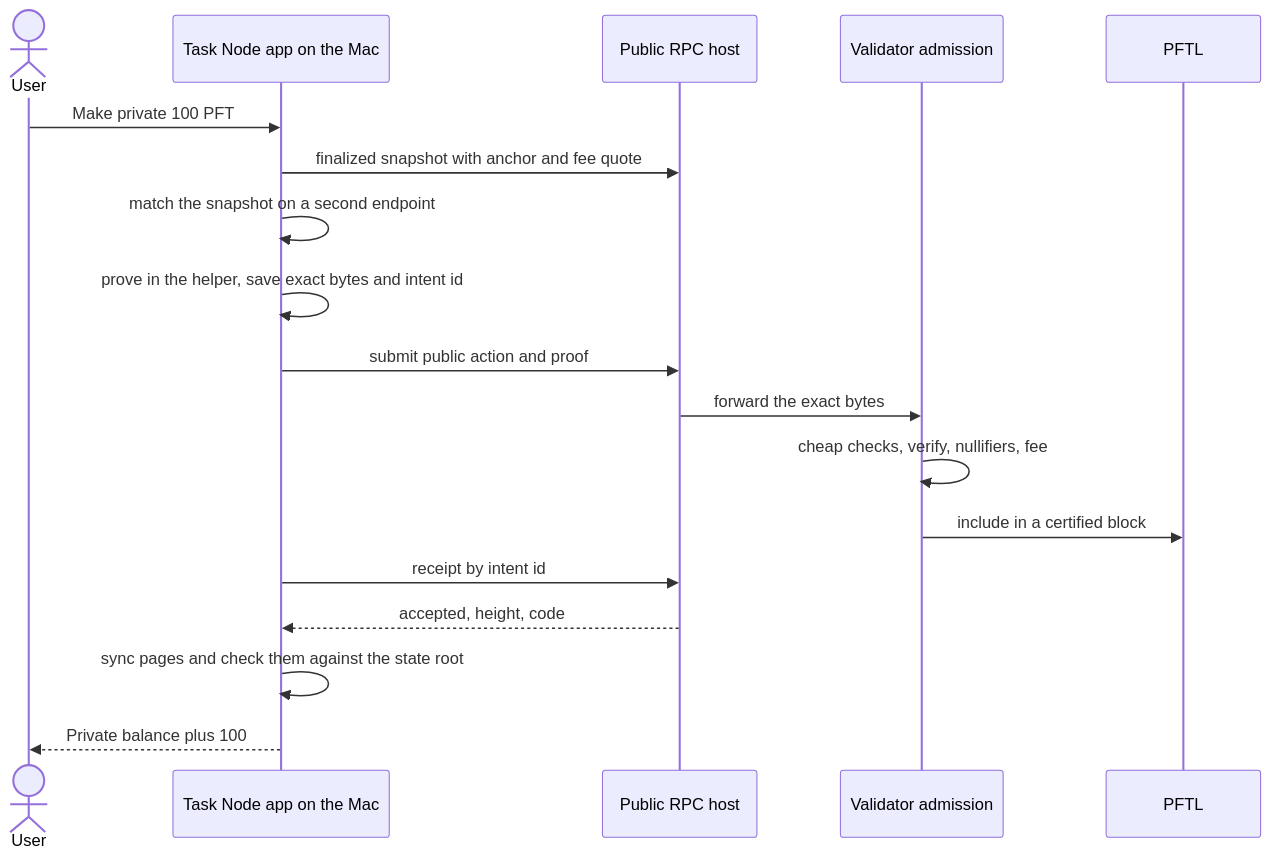
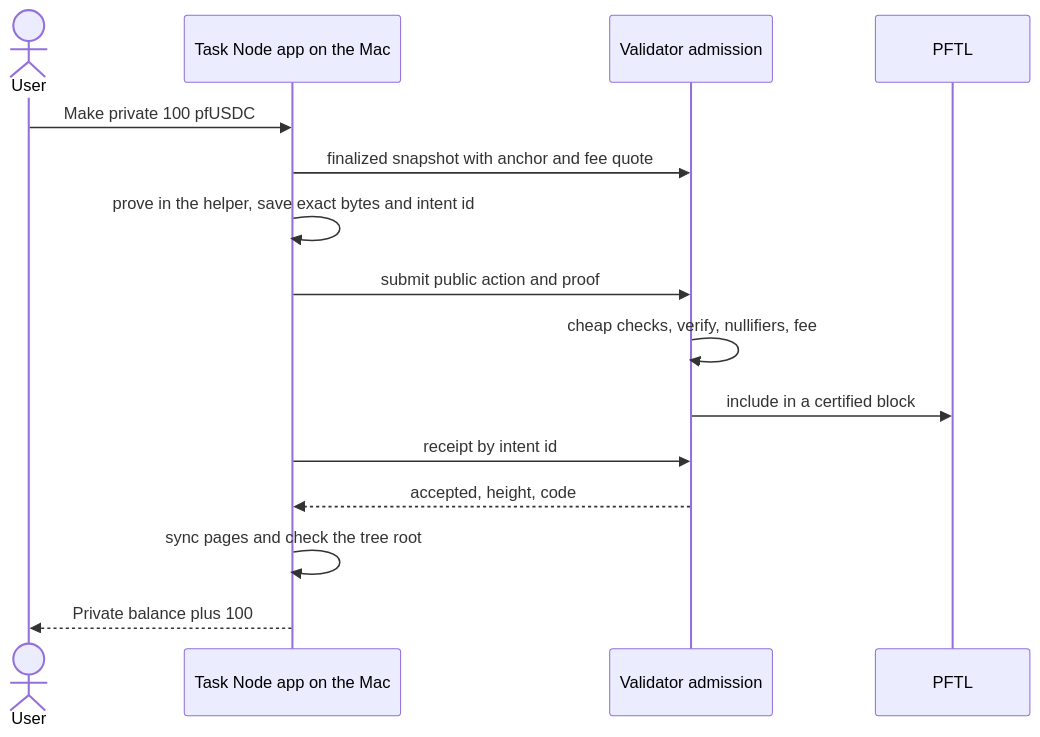
One commit to postfiatorg/postfiatl1v2 changed the second of 2 diagrams in big_milestone/pillars/05-local-task-node.md. Above: the diagram before and after it, drawn with Mermaid. The commit also changed other lines of this file and 37 other files, not shown here.

````diff
--- a/big_milestone/pillars/05-local-task-node.md
+++ b/big_milestone/pillars/05-local-task-node.md
@@ -71,20 +65,17 @@
 ```mermaid
 sequenceDiagram
     actor U as User
     participant App as Task Node app on the Mac
-    participant R as Public RPC host
     participant V as Validator admission
     participant C as PFTL
-    U->>App: Make private 100 PFT
-    App->>R: finalized snapshot with anchor and fee quote
-    App->>App: match the snapshot on a second endpoint
+    U->>App: Make private 100 pfUSDC
+    App->>V: finalized snapshot with anchor and fee quote
     App->>App: prove in the helper, save exact bytes and intent id
-    App->>R: submit public action and proof
-    R->>V: forward the exact bytes
+    App->>V: submit public action and proof
     V->>V: cheap checks, verify, nullifiers, fee
     V->>C: include in a certified block
-    App->>R: receipt by intent id
-    R-->>App: accepted, height, code
-    App->>App: sync pages and check them against the state root
+    App->>V: receipt by intent id
+    V-->>App: accepted, height, code
+    App->>App: sync pages and check the tree root
     App-->>U: Private balance plus 100
 ```
````
